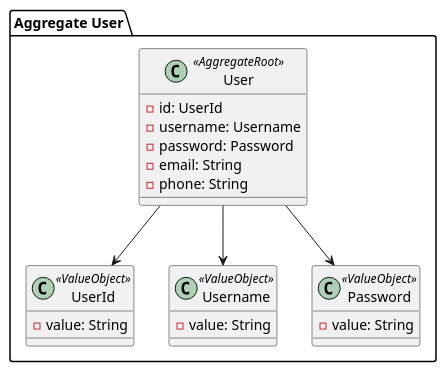
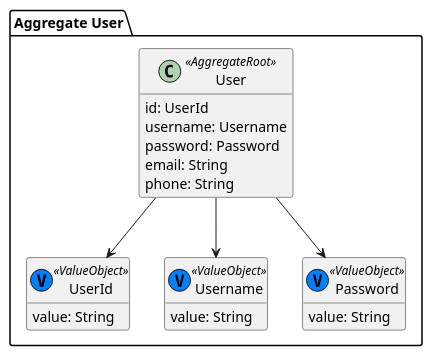
Before and after one commit to HenriqueSilva18/Drone-Show-Management-System: the diagram in docs/us_110/subDomains/domains/aggregate_user.puml, drawn with PlantUML. The commit also changed 7 other files, not shown here.

```diff
--- a/docs/us_110/subDomains/domains/aggregate_user.puml
+++ b/docs/us_110/subDomains/domains/aggregate_user.puml
@@ -1,31 +1,33 @@
 @startuml
+hide methods
+
 package "Aggregate User" {
 
     ' Agregado User (Aggregate Root)
     class User <<AggregateRoot>> {
-        - id: UserId
-        - username: Username
-        - password: Password
-        - email: String
-        - phone: String
+        id: UserId
+        username: Username
+        password: Password
+        email: String
+        phone: String
     }
 
     ' Value Objects associados
-    class UserId <<ValueObject>> {
-        - value: String
+    class UserId <<(V, #007fff) ValueObject>> {
+        value: String
     }
 
-    class Username <<ValueObject>> {
-        - value: String
+    class Username <<(V, #007fff) ValueObject>> {
+        value: String
     }
 
-    class Password <<ValueObject>> {
-        - value: String
+    class Password <<(V, #007fff) ValueObject>> {
+        value: String
     }
 
     ' Ligações
     User --> UserId
     User --> Username
     User --> Password
 }
 @enduml
```
